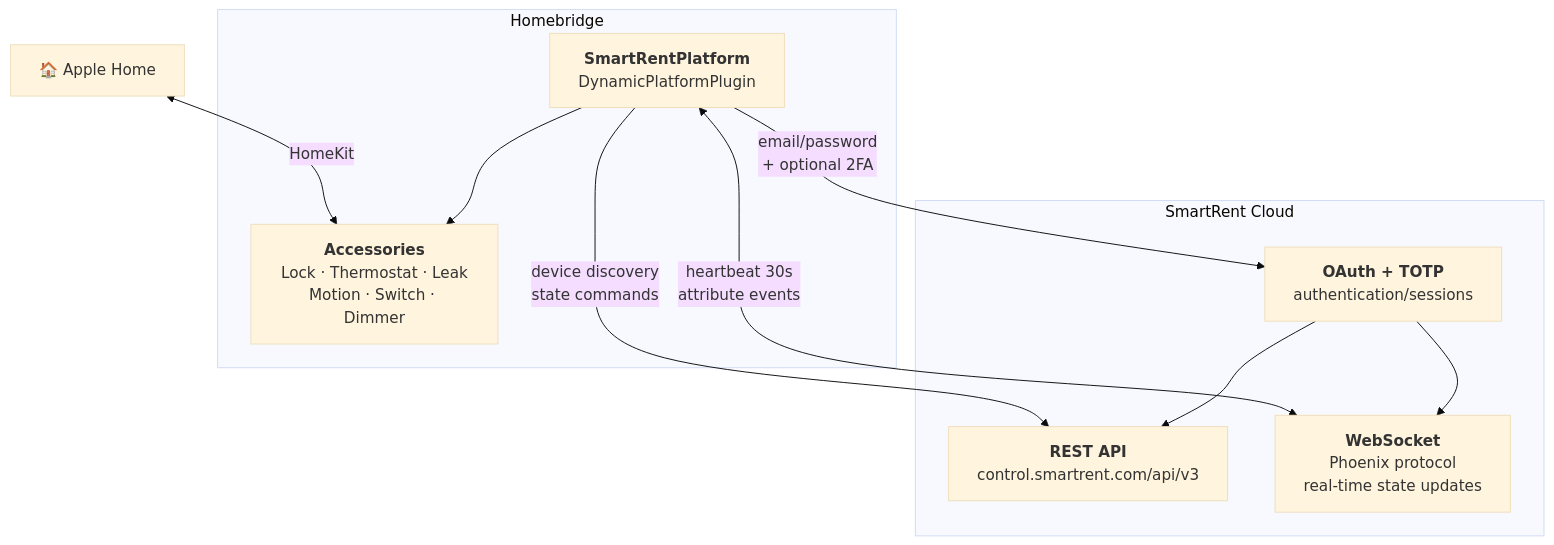
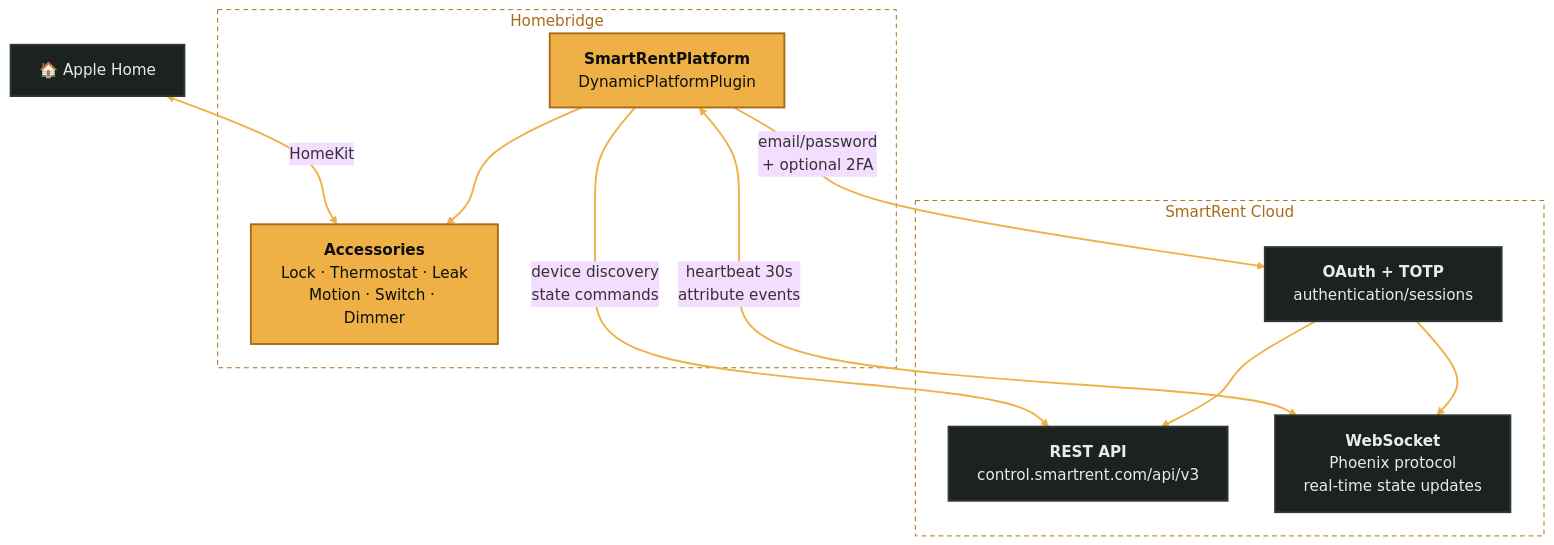
One commit to BitWise-0x/homebridge-smartrent changed the diagram in README.md. Above: the diagram before and after it, drawn with Mermaid (base theme). The commit also changed other lines of this file, not shown here.

Commit message:
docs: BitWise footer

````diff
--- a/README.md
+++ b/README.md
@@ -57,23 +57,29 @@
 ```mermaid
 graph TD
     Home["🏠 Apple Home"]
 
-    subgraph Homebridge
+    subgraph hb["Homebridge"]
         platform["<b>SmartRentPlatform</b><br>DynamicPlatformPlugin"]
         accessories["<b>Accessories</b><br>Lock · Thermostat · Leak<br>Motion · Switch · Dimmer"]
     end
 
-    subgraph SmartRent Cloud
+    subgraph cloud["SmartRent Cloud"]
         rest["<b>REST API</b><br>control.smartrent.com/api/v3"]
         ws["<b>WebSocket</b><br>Phoenix protocol<br>real-time state updates"]
         auth["<b>OAuth + TOTP</b><br>authentication/sessions"]
     end
 
     Home <-->|"HomeKit"| accessories
     platform --> accessories
     platform -->|"device discovery<br>state commands"| rest
     platform <-->|"heartbeat 30s<br>attribute events"| ws
     platform -->|"email/password<br>+ optional 2FA"| auth
     auth --> rest
     auth --> ws
+    classDef default fill:#efb146,stroke:#a96a19,stroke-width:2px,color:#0c0f0e
+    classDef quiet fill:#1b221f,stroke:#2e3733,stroke-width:2px,color:#e7ece8
+    linkStyle default stroke:#efb146,stroke-width:2px
+    class Home,rest,ws,auth quiet
+    style hb fill:transparent,stroke:#a96a19,stroke-width:1px,stroke-dasharray:5 4,color:#a96a19
+    style cloud fill:transparent,stroke:#a96a19,stroke-width:1px,stroke-dasharray:5 4,color:#a96a19
 ```
````
